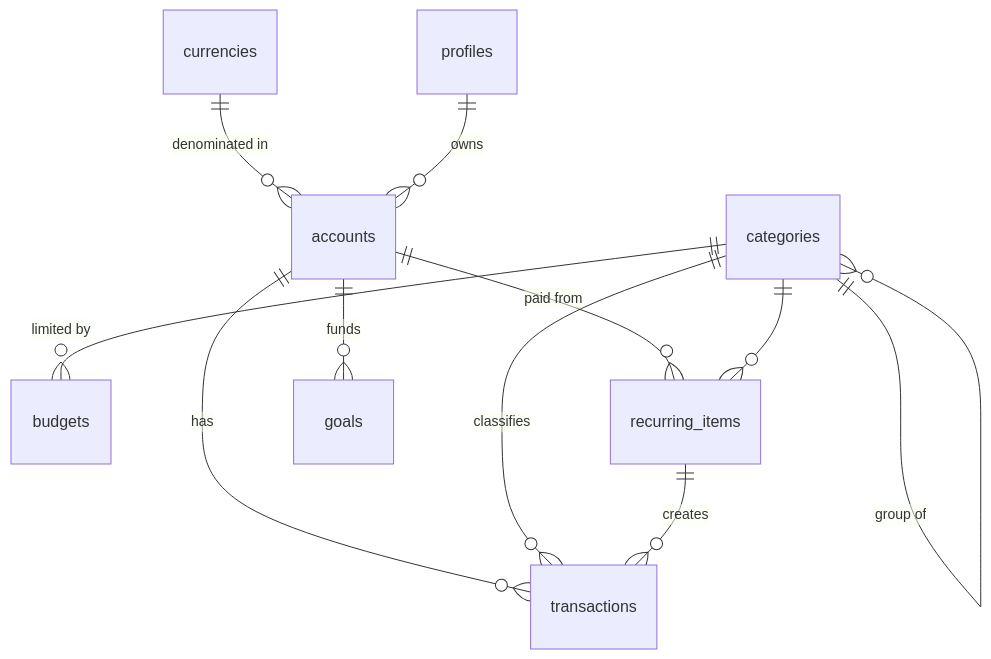
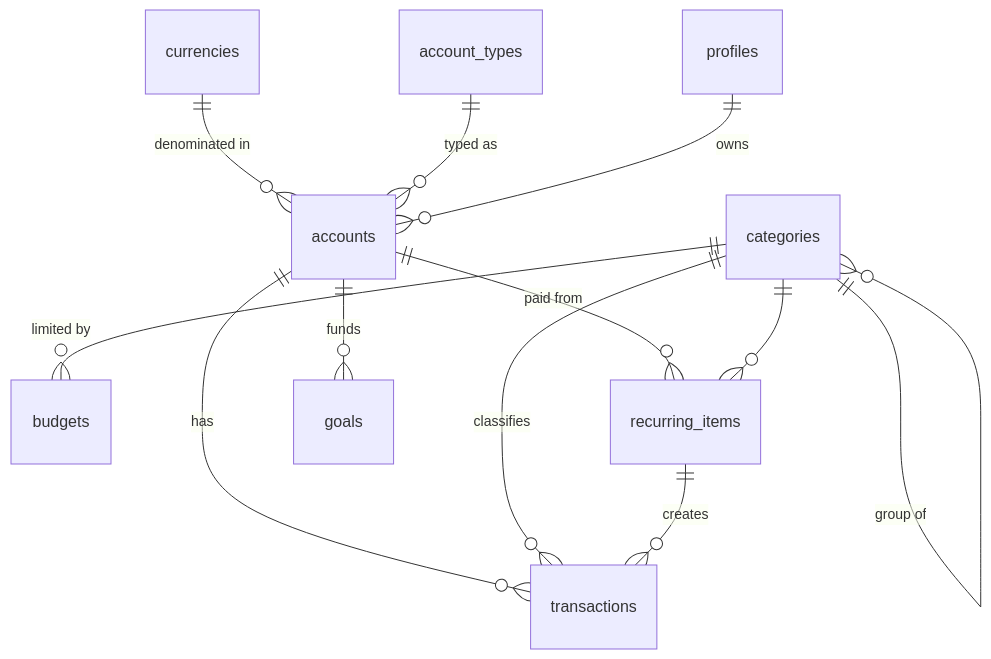
The diagram in docs/DATA-MODEL.md (mustafa-fathur/tora), drawn with Mermaid before and after one commit. The commit also changed other lines of this file and 30 other files, not shown here.

First line of the commit message:
Editable account types, transaction time, and a light test setup

````diff
--- a/docs/DATA-MODEL.md
+++ b/docs/DATA-MODEL.md
@@ -5,13 +5,14 @@
 ```mermaid
 erDiagram
     currencies ||--o{ accounts : "denominated in"
+    account_types ||--o{ accounts : "typed as"
     profiles ||--o{ accounts : owns
     accounts ||--o{ transactions : "has"
     categories ||--o{ transactions : "classifies"
     categories ||--o{ categories : "group of"
     categories ||--o{ budgets : "limited by"
     accounts ||--o{ recurring_items : "paid from"
     categories ||--o{ recurring_items : ""
     recurring_items ||--o{ transactions : "creates"
     accounts ||--o{ goals : "funds"
 ```
````
